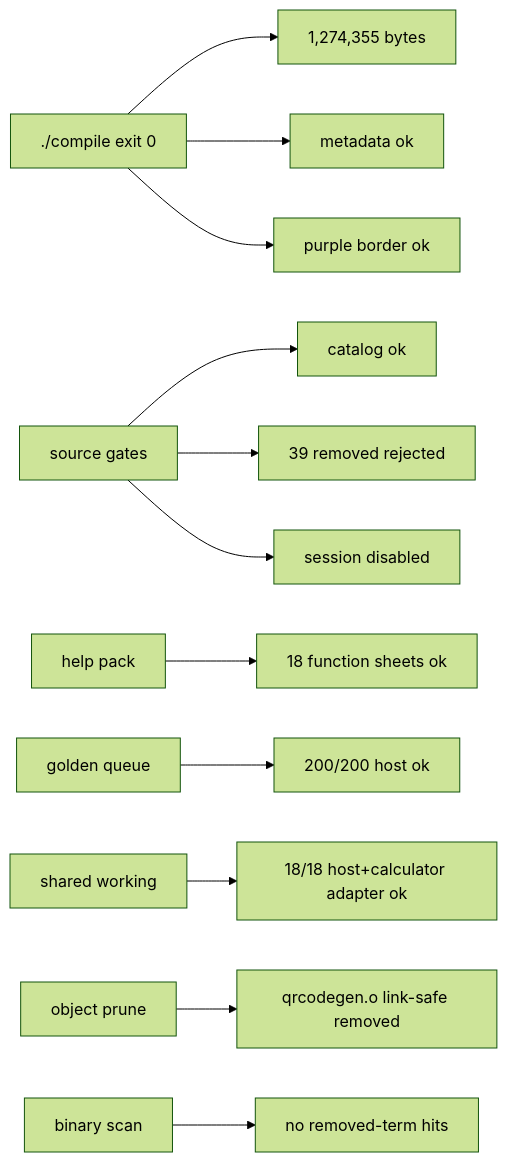
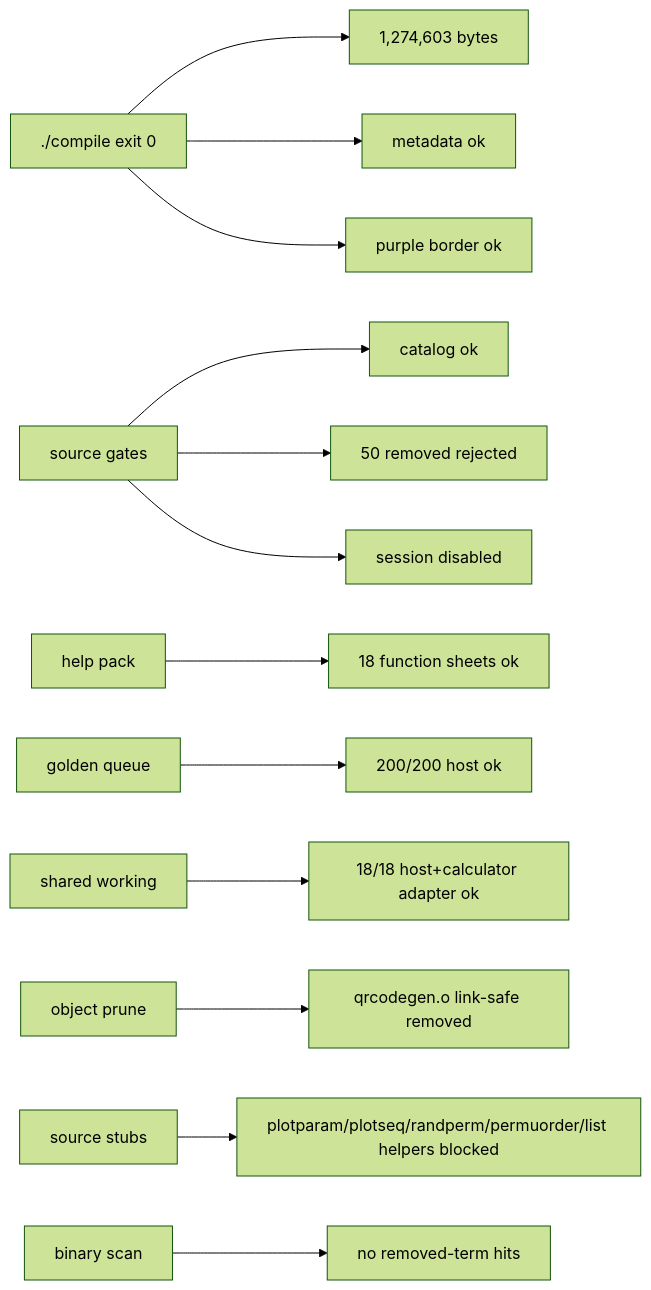
Before and after one commit to james8464/notes-addin-casio-fx-cg50: the seventh of 7 diagrams in docs/GRAPH.md, drawn with Mermaid (forest theme). The commit also changed other lines of this file and 13 other files, not shown here.

Commit message:
prune removed plot and list helpers

````diff
--- a/docs/GRAPH.md
+++ b/docs/GRAPH.md
@@ -109,14 +114,15 @@
 ```mermaid
 graph LR
-  Build["./compile exit 0"] --> Size["1,274,355 bytes"]
+  Build["./compile exit 0"] --> Size["1,274,603 bytes"]
   Build --> Meta["metadata ok"]
   Build --> Border["purple border ok"]
   Source["source gates"] --> Catalog["catalog ok"]
-  Source --> Removed["39 removed rejected"]
+  Source --> Removed["50 removed rejected"]
   Source --> Session["session disabled"]
   Help["help pack"] --> HelpQ["18 function sheets ok"]
   Queue["golden queue"] --> QueueRun["200/200 host ok"]
   Shared["shared working"] --> SharedRun["18/18 host+calculator adapter ok"]
   Obj["object prune"] --> QR["qrcodegen.o link-safe removed"]
+  Macro["source stubs"] --> Stubbed["plotparam/plotseq/randperm/permuorder/list helpers blocked"]
   Bin["binary scan"] --> NoLeak["no removed-term hits"]
 ```
````
